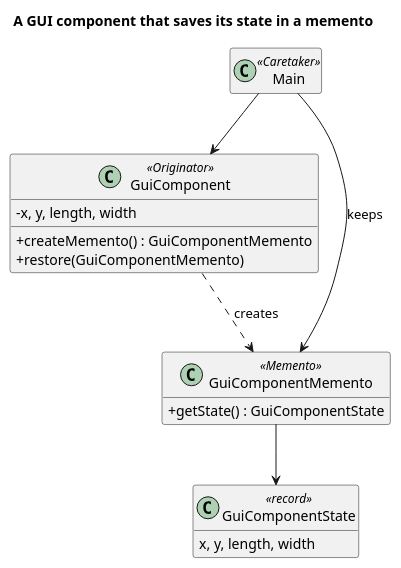
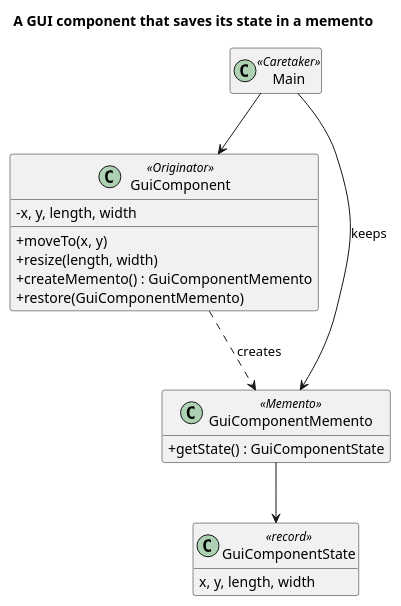
One commit to kaldiroglu/DesignPatternsWithJava changed the diagram in src/main/java/dev/kaldiroglu/dp/behavioral/memento/gui/uml/Memento - GUI - Class Diagram.puml. Above: the diagram before and after it, drawn with PlantUML. The commit also changed 6 other files, not shown here.

Commit message:
Memento: the window has no setters (moveTo, resize); known-uses tests for serialization and shallow records

```diff
--- a/src/main/java/dev/kaldiroglu/dp/behavioral/memento/gui/uml/Memento - GUI - Class Diagram.puml
+++ b/src/main/java/dev/kaldiroglu/dp/behavioral/memento/gui/uml/Memento - GUI - Class Diagram.puml
@@ -1,21 +1,23 @@
 @startuml "Memento - GUI - Class Diagram"
 skinparam classAttributeIconSize 0
 hide empty members
 title A GUI component that saves its state in a memento
 class GuiComponent <<Originator>> {
   - x, y, length, width
+  + moveTo(x, y)
+  + resize(length, width)
   + createMemento() : GuiComponentMemento
   + restore(GuiComponentMemento)
 }
 class GuiComponentMemento <<Memento>> {
   + getState() : GuiComponentState
 }
 class GuiComponentState <<record>> {
   x, y, length, width
 }
 class Main <<Caretaker>>
 Main --> GuiComponentMemento : keeps
 Main --> GuiComponent
 GuiComponent ..> GuiComponentMemento : creates
 GuiComponentMemento --> GuiComponentState
 @enduml
```
